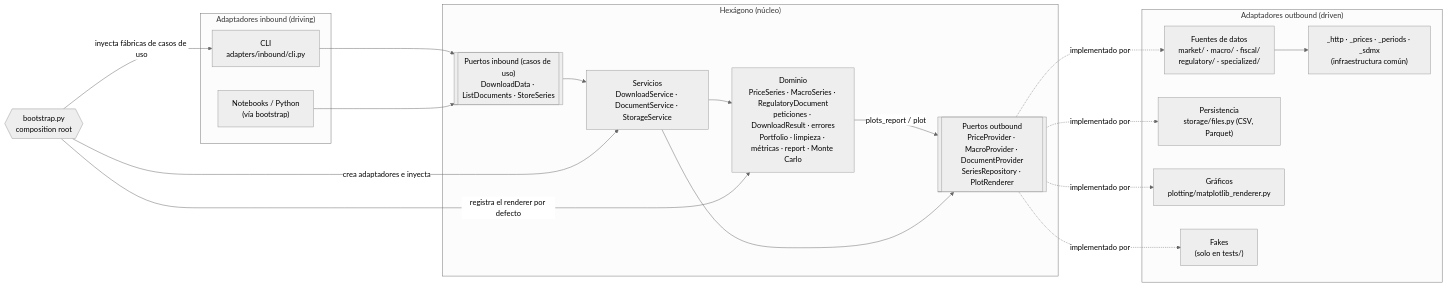
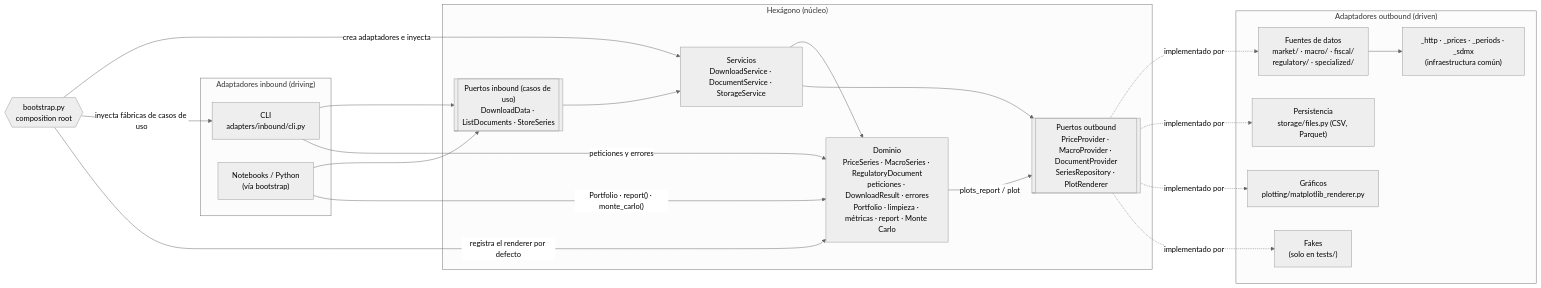
The first of 4 diagrams in docs/architecture.md (art3mvp/quant-finance-toolkit), drawn with Mermaid (neutral theme) before and after one commit. The commit also changed other lines of this file and 8 other files, not shown here.

````diff
--- a/docs/architecture.md
+++ b/docs/architecture.md
@@ -32,39 +32,41 @@
 ```mermaid
 flowchart LR
     subgraph IN["Adaptadores inbound (driving)"]
         CLI["CLI<br/>adapters/inbound/cli.py"]
         NB["Notebooks / Python<br/>(vía bootstrap)"]
     end
 
     subgraph HEX["Hexágono (núcleo)"]
         PIN[["Puertos inbound (casos de uso)<br/>DownloadData · ListDocuments · StoreSeries"]]
         SVC["Servicios<br/>DownloadService · DocumentService · StorageService"]
         DOM["Dominio<br/>PriceSeries · MacroSeries · RegulatoryDocument<br/>peticiones · DownloadResult · errores<br/>Portfolio · limpieza · métricas · report · Monte Carlo"]
         POUT[["Puertos outbound<br/>PriceProvider · MacroProvider · DocumentProvider<br/>SeriesRepository · PlotRenderer"]]
         DOM -- plots_report / plot --> POUT
         PIN --> SVC
         SVC --> DOM
         SVC --> POUT
     end
 
     subgraph OUT["Adaptadores outbound (driven)"]
         SRC["Fuentes de datos<br/>market/ · macro/ · fiscal/<br/>regulatory/ · specialized/"]
         STO["Persistencia<br/>storage/files.py (CSV, Parquet)"]
         PLT["Gráficos<br/>plotting/matplotlib_renderer.py"]
         HTTP["_http · _prices · _periods · _sdmx<br/>(infraestructura común)"]
         FAKE["Fakes<br/>(solo en tests/)"]
         SRC --> HTTP
     end
 
     CLI --> PIN
     NB --> PIN
+    CLI -->|"peticiones y errores"| DOM
+    NB -->|"Portfolio · report() · monte_carlo()"| DOM
     POUT -. implementado por .-> SRC
     POUT -. implementado por .-> STO
     POUT -. implementado por .-> PLT
     POUT -. implementado por .-> FAKE
 
     BOOT{{"bootstrap.py<br/>composition root"}}
     BOOT -- crea adaptadores e inyecta --> SVC
     BOOT -- inyecta fábricas de casos de uso --> CLI
     BOOT -- registra el renderer por defecto --> DOM
 ```
````
